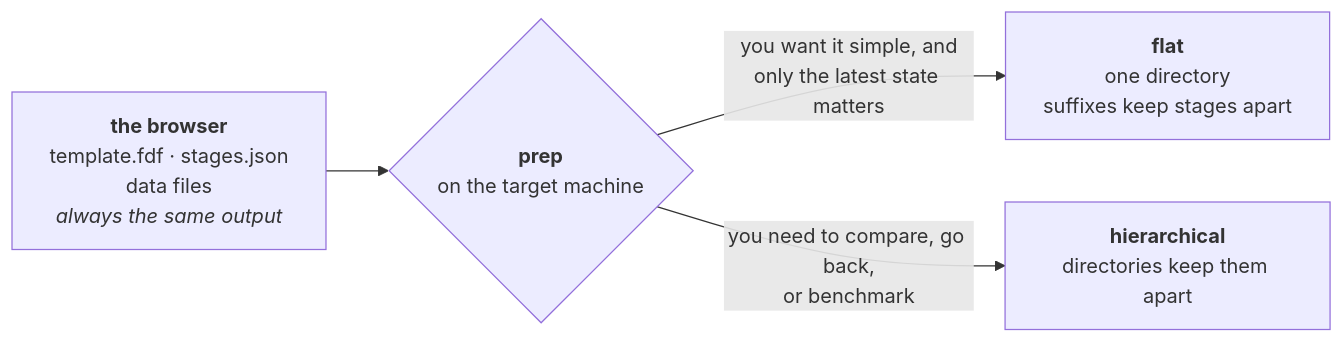
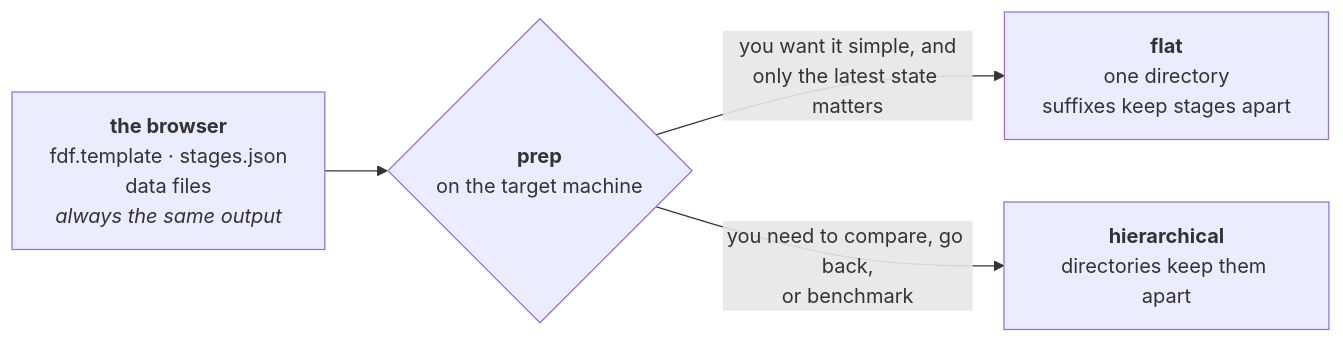
The first of 9 diagrams in docs/execution/project-layout.md (Qing-LAB/molbuilder), drawn with Mermaid before and after one commit. The commit also changed other lines of this file and 6 other files, not shown here.

````diff
--- a/docs/execution/project-layout.md
+++ b/docs/execution/project-layout.md
@@ -59,10 +59,10 @@
 ```mermaid
 flowchart LR
-    UI["<b>the browser</b><br/>template.fdf · stages.json<br/>data files<br/><i>always the same output</i>"]
+    UI["<b>the browser</b><br/>fdf.template · stages.json<br/>data files<br/><i>always the same output</i>"]
     P{"<b>prep</b><br/>on the target machine"}
     F["<b>flat</b><br/>one directory<br/>suffixes keep stages apart"]
     H["<b>hierarchical</b><br/>directories keep them apart"]
     UI --> P
     P -->|"you want it simple, and<br/>only the latest state matters"| F
     P -->|"you need to compare, go back,<br/>or benchmark"| H
 ```
````
